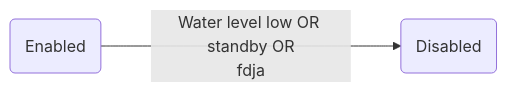
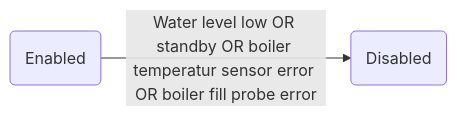
One commit to ggramlich26/BZ10_upgrade changed the second of 2 diagrams in README.md. Above: the diagram before and after it, drawn with Mermaid. The commit also changed other lines of this file, not shown here.

Commit message:
README.md updated from https://stackedit.io/

````diff
--- a/README.md
+++ b/README.md
@@ -27,7 +27,6 @@
 ```mermaid
 graph LR
 enabled(Enabled)
 disabled(Disabled)
-enabled -- Water level low OR standby OR
-fdjao--> disabled
+enabled -- Water level low OR standby OR boiler temperatur sensor error OR boiler fill probe error--> disabled
 ```
````
